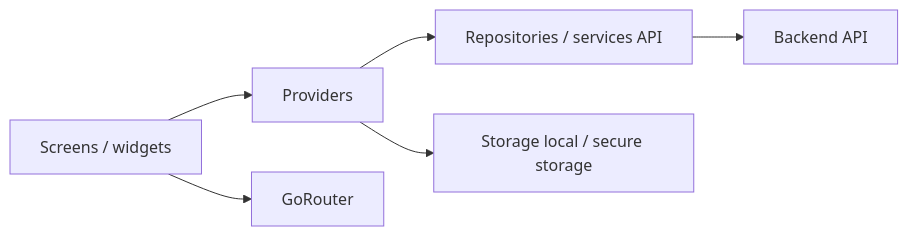
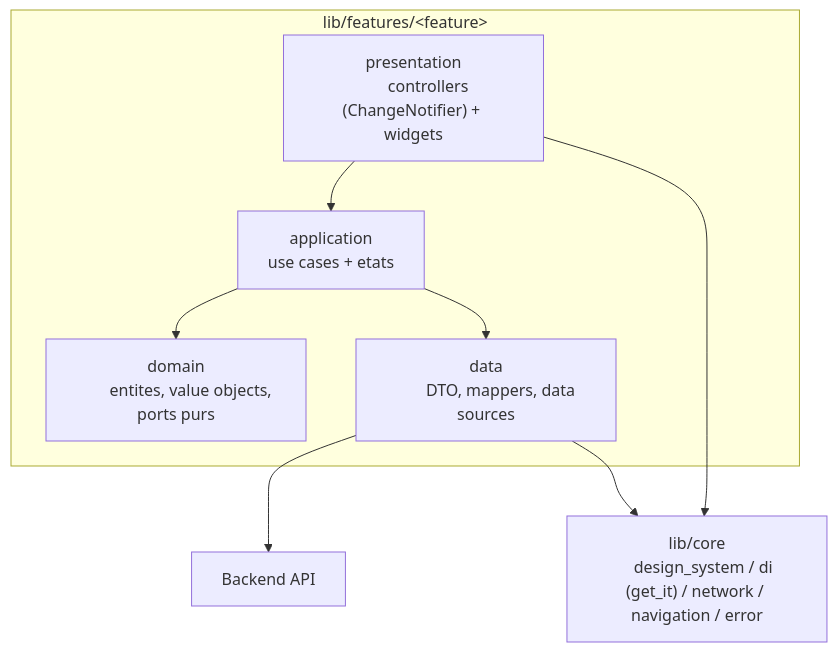
One commit to ouedraogoissouf2012/monCv changed the fourth of 4 diagrams in docs/ARCHITECTURE.md. Above: the diagram before and after it, drawn with Mermaid. The commit also changed other lines of this file, not shown here.

First line of the commit message:
docs(architecture): refleter l'architecture livree par l'EPIC #231 (#492)

````diff
--- a/docs/ARCHITECTURE.md
+++ b/docs/ARCHITECTURE.md
@@ -89,15 +158,24 @@
 ```mermaid
-flowchart LR
-    Screens["Screens / widgets"]
-    Providers["Providers"]
-    Repos["Repositories / services API"]
-    Router["GoRouter"]
-    Local["Storage local / secure storage"]
+flowchart TB
+    subgraph Feature["lib/features/&lt;feature&gt;"]
+        Presentation["presentation
+        controllers (ChangeNotifier) + widgets"]
+        Application["application
+        use cases + etats"]
+        DomainF["domain
+        entites, value objects, ports purs"]
+        DataF["data
+        DTO, mappers, data sources"]
+    end
+
+    Core["lib/core
+    design_system / di (get_it) / network / navigation / error"]
     Api["Backend API"]
 
-    Screens --> Providers
-    Providers --> Repos
-    Screens --> Router
-    Providers --> Local
-    Repos --> Api
+    Presentation --> Application
+    Application --> DomainF
+    Application --> DataF
+    DataF --> Api
+    Presentation --> Core
+    DataF --> Core
 ```
````
